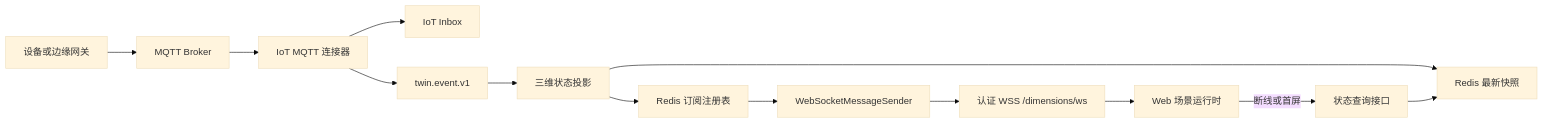
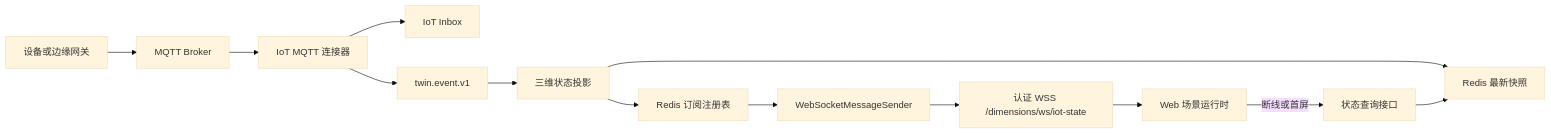
The diagram in docs/design/06_IoT定向WebSocket推送交付设计.md (leyuexiang/wx-cloud), drawn with Mermaid (base theme) before and after one commit. The commit also changed other lines of this file and 35 other files, not shown here.

````diff
--- a/docs/design/06_IoT定向WebSocket推送交付设计.md
+++ b/docs/design/06_IoT定向WebSocket推送交付设计.md
@@ -11,15 +11,15 @@
 ```mermaid
 flowchart LR
   Device[设备或边缘网关] --> Broker[MQTT Broker]
   Broker --> Connector[IoT MQTT 连接器]
   Connector --> Inbox[IoT Inbox]
   Connector --> Kafka[twin.event.v1]
   Kafka --> Projection[三维状态投影]
   Projection --> Redis[Redis 最新快照]
   Projection --> Registry[Redis 订阅注册表]
   Registry --> Sender[WebSocketMessageSender]
-  Sender --> WSS[认证 WSS /dimensions/ws]
+  Sender --> WSS[认证 WSS /dimensions/ws/iot-state]
   WSS --> Web[Web 场景运行时]
   Web -->|断线或首屏| Query[状态查询接口]
   Query --> Redis
 ```
````
